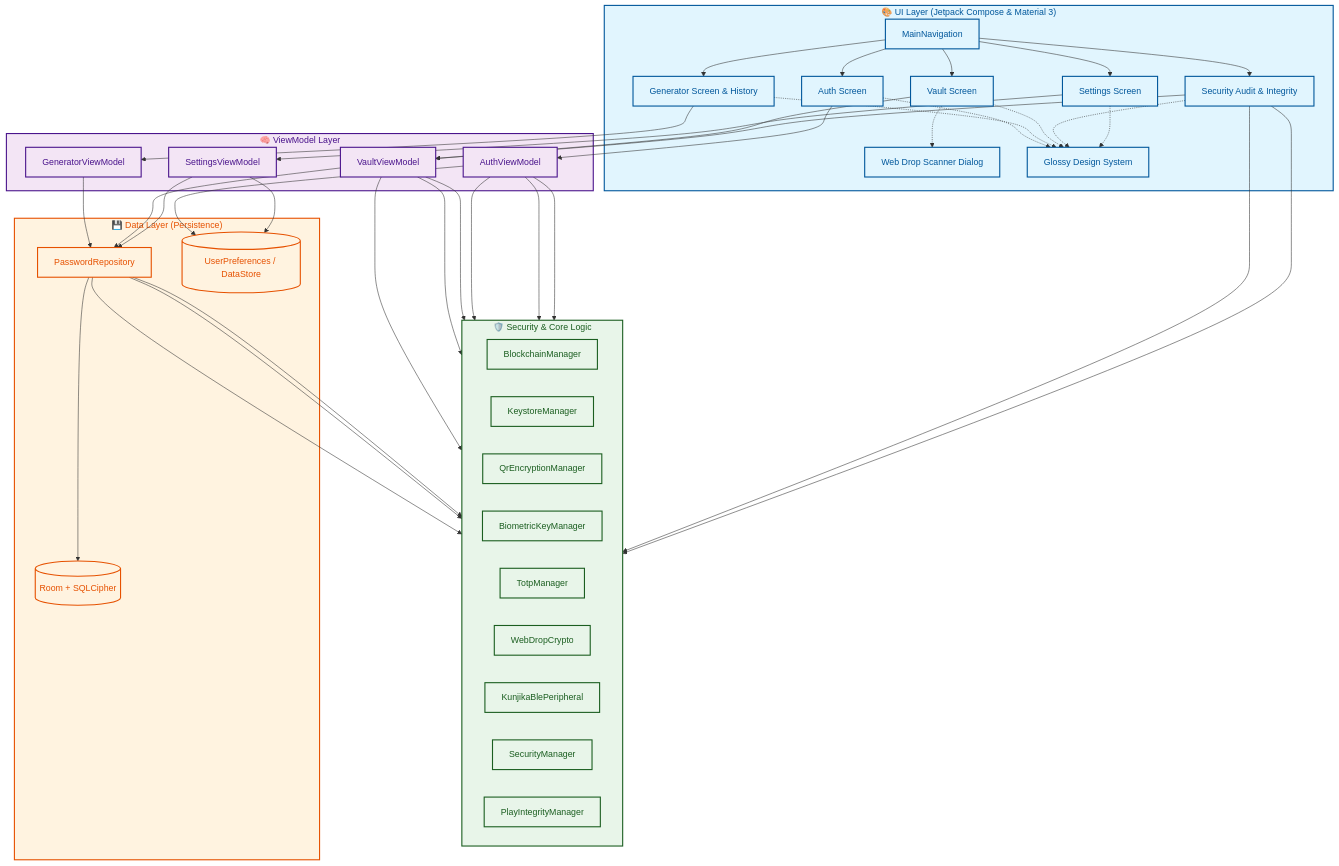
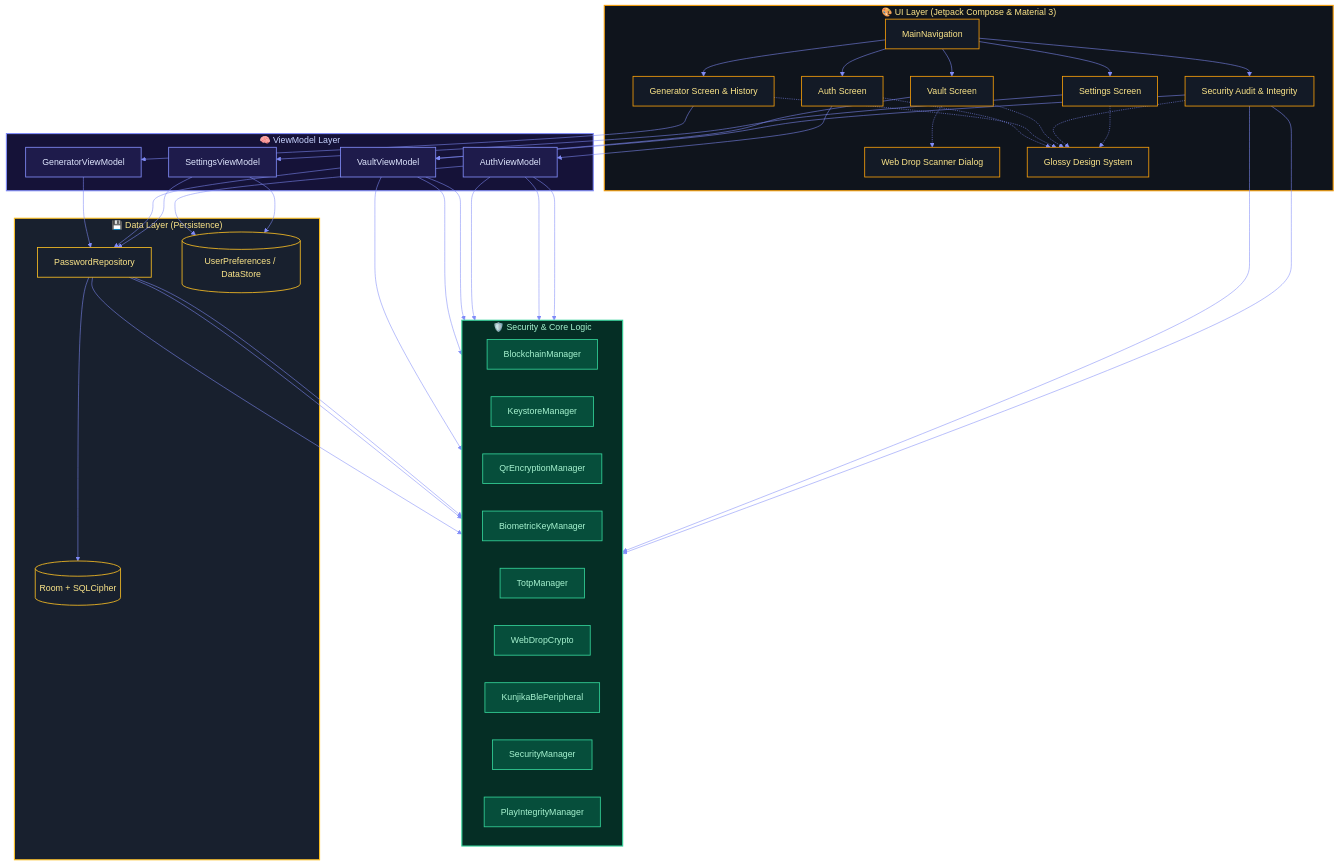
One commit to dwinsi/kunjika changed the first of 2 diagrams in docs/architecture.md. Above: the diagram before and after it, drawn with Mermaid. The commit also changed other lines of this file and 13 other files, not shown here.

Commit message:
docs: add status badges and custom Mermaid themes to project documentation

````diff
--- a/docs/architecture.md
+++ b/docs/architecture.md
@@ -11,4 +16,19 @@
 ```mermaid
+%%{init: {
+  'theme': 'base',
+  'themeVariables': {
+    'darkMode': true,
+    'background': '#07090E',
+    'mainBkg': '#0F141C',
+    'primaryColor': '#131A26',
+    'primaryTextColor': '#F8FAFC',
+    'primaryBorderColor': '#F59E0B',
+    'lineColor': '#818CF8',
+    'clusterBkg': '#0F141C',
+    'clusterBorder': '#2B374A',
+    'edgeLabelBackground': '#18202E'
+  }
+}}%%
 graph TB
     %% Definitions
     subgraph UI ["🎨 UI Layer (Jetpack Compose & Material 3)"]
@@ -68,14 +88,19 @@
     AVM --> BK & SEC & PIM
     Audit --> SEC & PIM
 
-    %% Styling
-    classDef ui fill:#e1f5fe,stroke:#01579b,stroke-width:2px,color:#01579b;
-    classDef vm fill:#f3e5f5,stroke:#4a148c,stroke-width:2px,color:#4a148c;
-    classDef core fill:#e8f5e9,stroke:#1b5e20,stroke-width:2px,color:#1b5e20;
-    classDef data fill:#fff3e0,stroke:#e65100,stroke-width:2px,color:#e65100;
+    %% Styling with Obsidian Gold & Midnight Indigo
+    classDef ui fill:#131A26,stroke:#F59E0B,stroke-width:1.5px,color:#FDE68A;
+    classDef vm fill:#1E1B4B,stroke:#818CF8,stroke-width:1.5px,color:#E0E7FF;
+    classDef core fill:#064E3B,stroke:#34D399,stroke-width:1.5px,color:#A7F3D0;
+    classDef data fill:#18202E,stroke:#FBBF24,stroke-width:1.5px,color:#FDE68A;
 
     class UI,Nav,Auth,Gen,Vault,Audit,Settings,WebDrop,Glossy ui;
     class VM,AVM,GVM,VVM,SVM vm;
     class Domain,BC,KE,QR,BK,TOTP,WDC,BLE,SEC,PIM core;
     class Data,Repo,Room,DS data;
+
+    style UI fill:#0F141C,stroke:#F59E0B,stroke-width:2px,color:#FDE68A
+    style VM fill:#151238,stroke:#818CF8,stroke-width:2px,color:#C7D2FE
+    style Domain fill:#052e25,stroke:#34D399,stroke-width:2px,color:#A7F3D0
+    style Data fill:#18202E,stroke:#FBBF24,stroke-width:2px,color:#FDE68A
 ```
````
